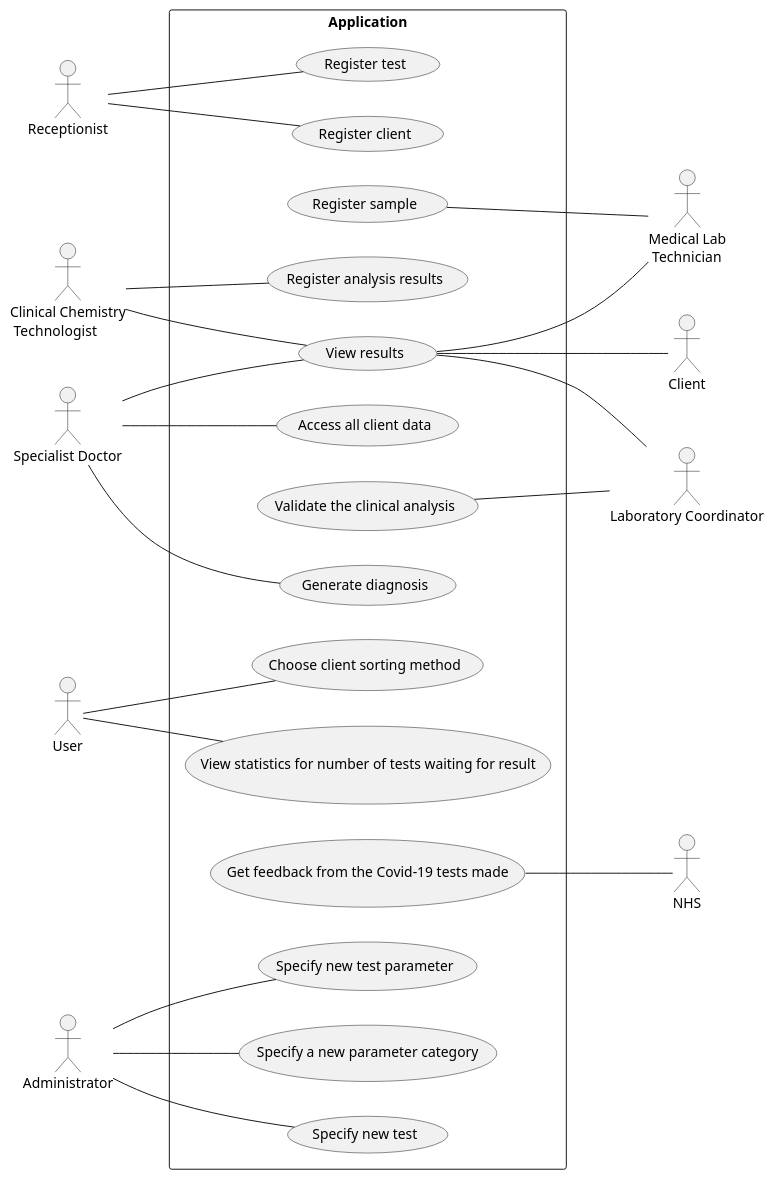
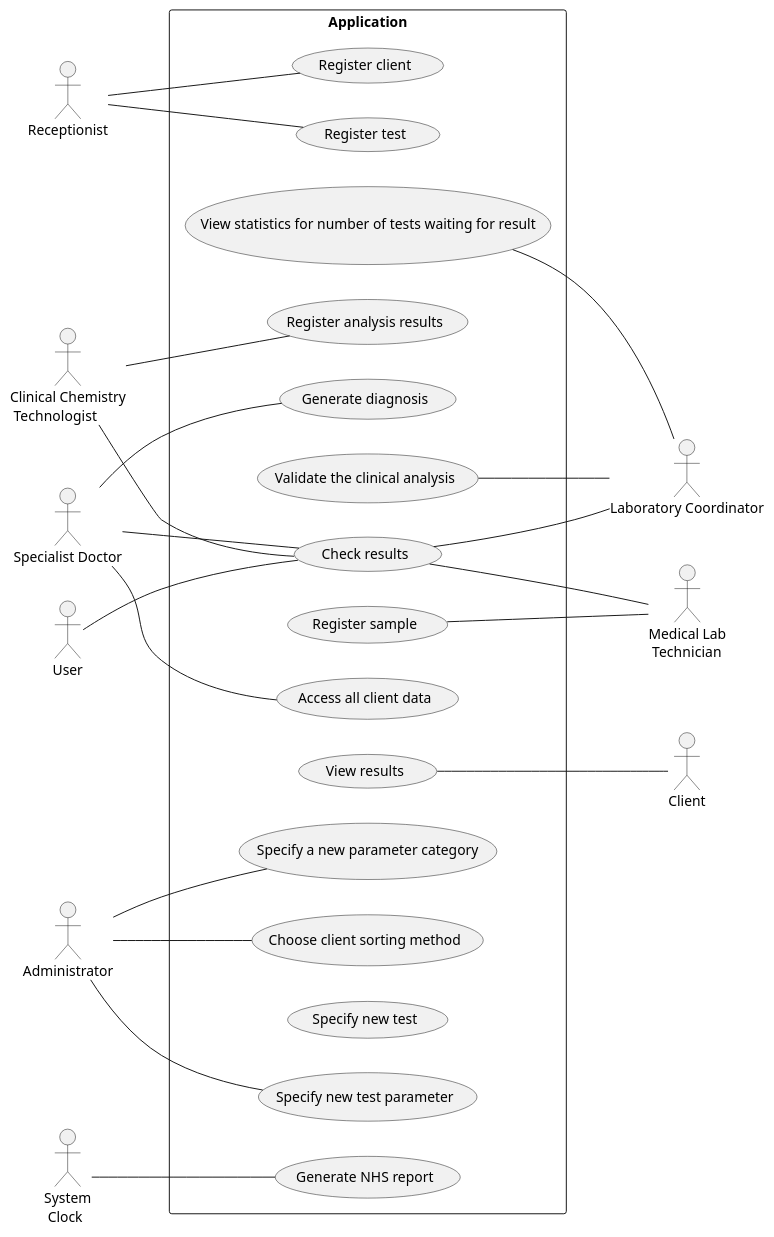
Before and after one commit to MadDinosaur/ISEP-LAPR2: the diagram in docs/SprintA/UCD.puml, drawn with PlantUML. The commit also changed 1 other file, not shown here.

Commit message:
Updated Use Case Diagram.

```diff
--- a/docs/SprintA/UCD.puml
+++ b/docs/SprintA/UCD.puml
@@ -1,53 +1,54 @@
 @startuml
 'https://plantuml.com/use-case-diagram
 
 left to right direction
 skinparam packageStyle rectangle
 'Actors
 :Receptionist:
 :Medical Lab\n Technician: as MLT
 :Clinical Chemistry\n Technologist: as CCT
 :Specialist Doctor: as Doctor
 :Laboratory Coordinator: as LC
 :User:
 :Client:
-:NHS:
 :Administrator:
+:System\n Clock: as Clock
 
 package Application {
     (Register test) as UC1
     (Register client) as UC2
     (Register sample) as UC3
     (Register analysis results) as UC4
     (Generate diagnosis) as UC5
     (Choose client sorting method) as UC6
     (Validate the clinical analysis) as UC7
     (View results) as UC8
-    (View statistics for number of tests waiting for result) as UC9
-    (Access all client data) as UC10
-    (Get feedback from the Covid-19 tests made) as UC11
-    (Specify new test) as UC12
-    (Specify new test parameter) as UC13
-    (Specify a new parameter category) as UC14
+    (Check results) as UC9
+    (View statistics for number of tests waiting for result) as UC10
+    (Access all client data) as UC11
+    (Generate NHS report) as UC12
+    (Specify new test) as UC13
+    (Specify new test parameter) as UC14
+    (Specify a new parameter category) as UC15
 }
 
 'Use Cases
 Receptionist -- UC1
 Receptionist -- UC2
 UC3 -- MLT
 CCT -- UC4
 Doctor -- UC5
-User -- UC6
+Administrator -- UC6
 UC7 -- LC
 UC8 -- Client
-UC8 -- MLT
-CCT -- UC8
-UC8 -- LC
-Doctor -- UC8
+UC9 -- MLT
+CCT -- UC9
+UC9 -- LC
+Doctor -- UC9
 User -- UC9
-Doctor -- UC10
-UC11 -- NHS
-Administrator -- UC12
-Administrator -- UC13
+LC -- UC10
+Doctor -- UC11
+Clock -- UC12
 Administrator -- UC14
+Administrator -- UC15
 @enduml
```
